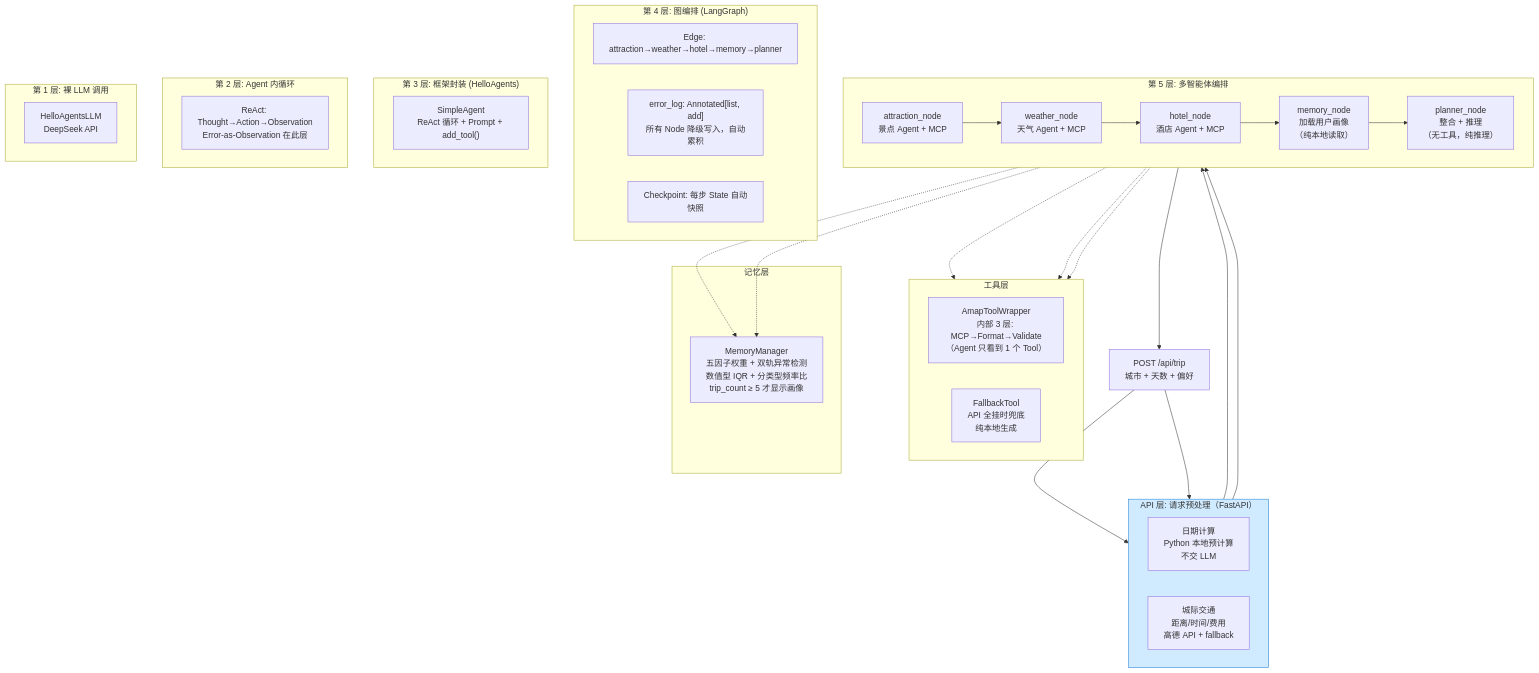
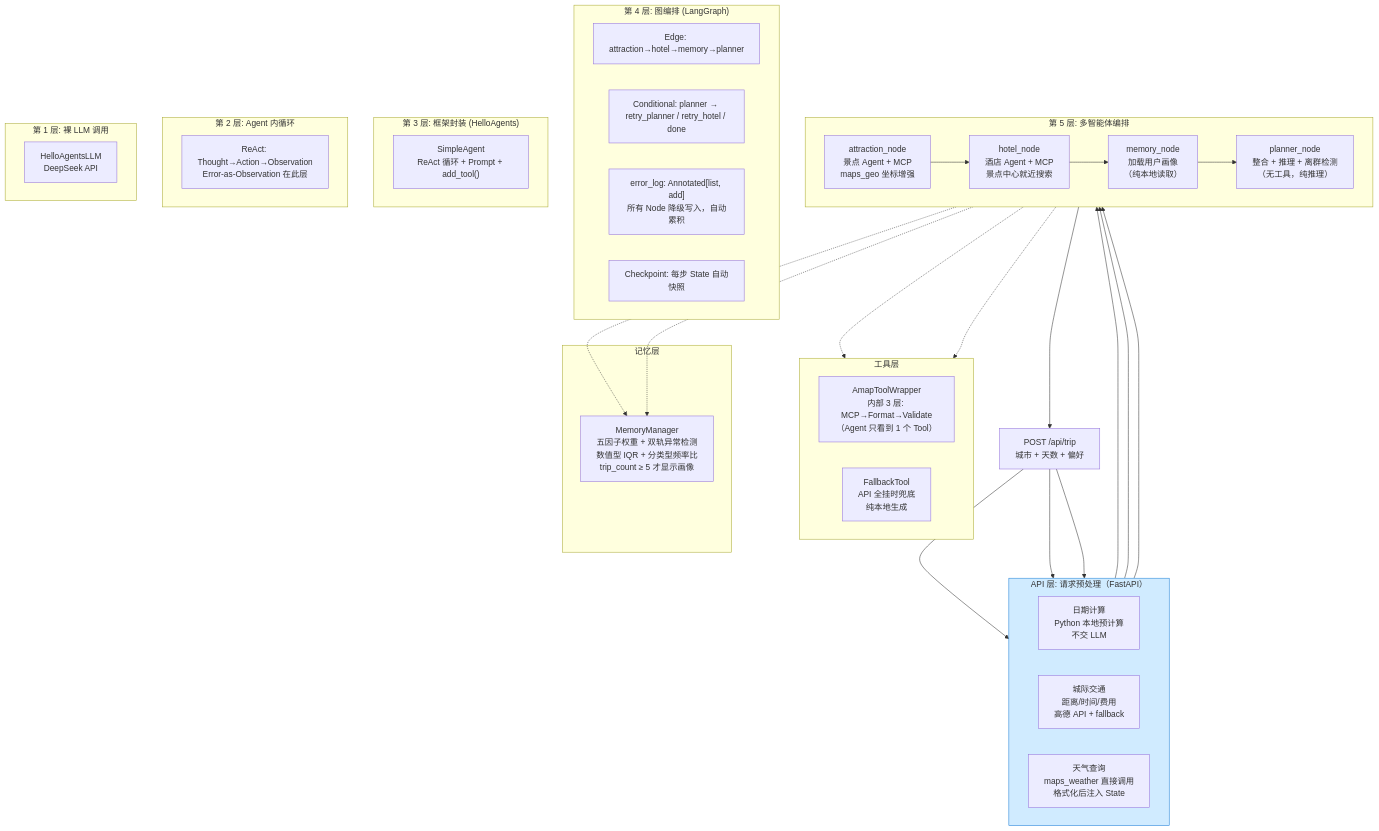
The first of 7 diagrams in ARCHITECTURE.md (SuperGODOG/tripplanner), drawn with Mermaid before and after one commit. The commit also changed other lines of this file and 1 other file, not shown here.

````diff
--- a/ARCHITECTURE.md
+++ b/ARCHITECTURE.md
@@ -9,58 +9,58 @@
 ```mermaid
 flowchart TB
     subgraph APILayer["API 层: 请求预处理（FastAPI）"]
         direction LR
         PRE1["日期计算<br/>Python 本地预计算<br/>不交 LLM"]
         PRE2["城际交通<br/>距离/时间/费用<br/>高德 API + fallback"]
+        PRE3["天气查询<br/>maps_weather 直接调用<br/>格式化后注入 State"]
     end
 
     subgraph Layer5["第 5 层: 多智能体编排"]
         direction LR
-        N1["attraction_node<br/>景点 Agent + MCP"]
-        N2["weather_node<br/>天气 Agent + MCP"]
-        N3["hotel_node<br/>酒店 Agent + MCP"]
+        N1["attraction_node<br/>景点 Agent + MCP<br/>maps_geo 坐标增强"]
+        N3["hotel_node<br/>酒店 Agent + MCP<br/>景点中心就近搜索"]
         N4["memory_node<br/>加载用户画像<br/>（纯本地读取）"]
-        N5["planner_node<br/>整合 + 推理<br/>（无工具，纯推理）"]
+        N5["planner_node<br/>整合 + 推理 + 离群检测<br/>（无工具，纯推理）"]
     end
 
     subgraph Layer4["第 4 层: 图编排 (LangGraph)"]
-        EDGE["Edge: attraction→weather→hotel→memory→planner"]
+        EDGE["Edge: attraction→hotel→memory→planner"]
+        COND["Conditional: planner → retry_planner / retry_hotel / done"]
         ERRLOG["error_log: Annotated[list, add]<br/>所有 Node 降级写入，自动累积"]
         CHECKPOINT["Checkpoint: 每步 State 自动快照"]
     end
 
     subgraph Layer3["第 3 层: 框架封装 (HelloAgents)"]
         AGENT["SimpleAgent<br/>ReAct 循环 + Prompt + add_tool()"]
     end
 
     subgraph Layer2["第 2 层: Agent 内循环"]
         REACT["ReAct: Thought→Action→Observation<br/>Error-as-Observation 在此层"]
     end
 
     subgraph Layer1["第 1 层: 裸 LLM 调用"]
         LLM["HelloAgentsLLM<br/>DeepSeek API"]
     end
 
     subgraph ToolLayer["工具层"]
         direction LR
         WRAPPER["AmapToolWrapper<br/>内部 3 层: MCP→Format→Validate<br/>（Agent 只看到 1 个 Tool）"]
         FALLBACK["FallbackTool<br/>API 全挂时兜底<br/>纯本地生成"]
     end
 
     subgraph MemoryLayer["记忆层"]
         MEMORY["MemoryManager<br/>五因子权重 + 双轨异常检测<br/>数值型 IQR + 分类型频率比<br/>trip_count ≥ 5 才显示画像"]
     end
 
-    USER["POST /api/trip<br/>城市 + 天数 + 偏好"] --> PRE1 & PRE2
-    PRE1 & PRE2 --> N1
-    N1 --> N2 --> N3 --> N4 --> N5
+    USER["POST /api/trip<br/>城市 + 天数 + 偏好"] --> PRE1 & PRE2 & PRE3
+    PRE1 & PRE2 & PRE3 --> N1
+    N1 --> N3 --> N4 --> N5
     N5 --> USER
 
     N1 -.-> WRAPPER
-    N2 -.-> WRAPPER
     N3 -.-> WRAPPER
     N4 -.-> MEMORY
     N5 -.-> MEMORY
 
     style APILayer fill:#d0ebff,stroke:#1c7ed6
 ```
````
